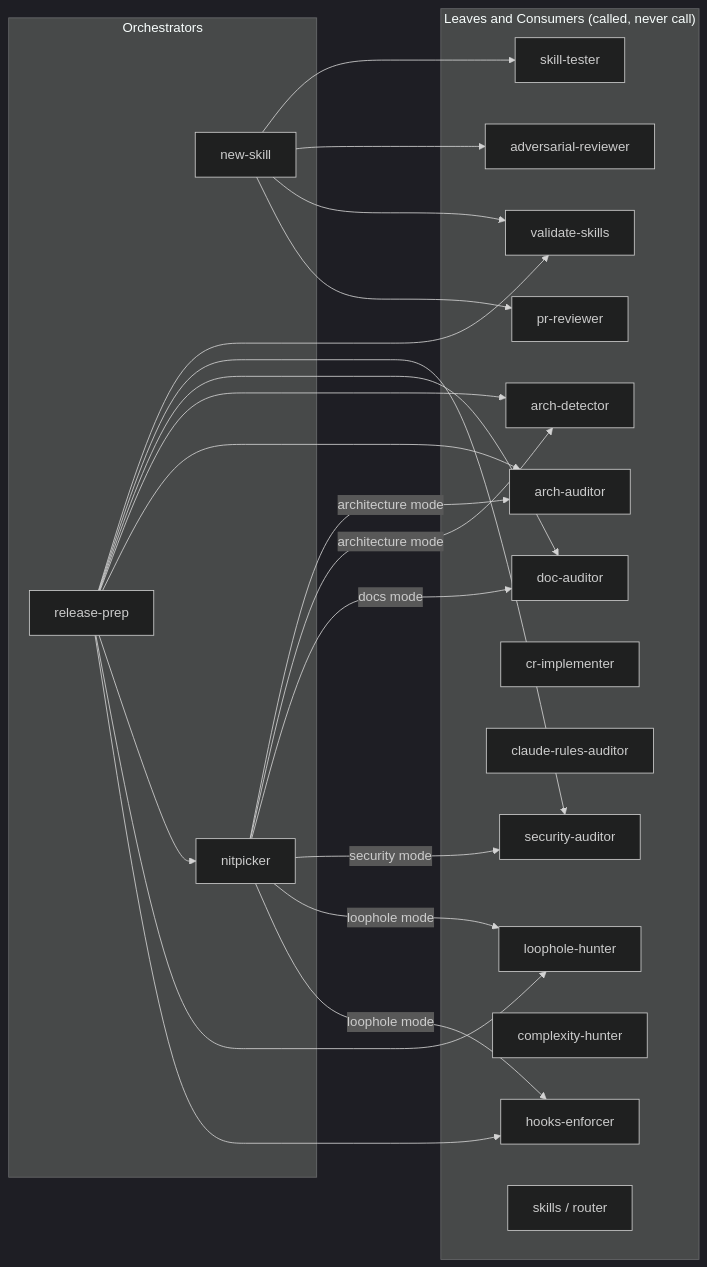
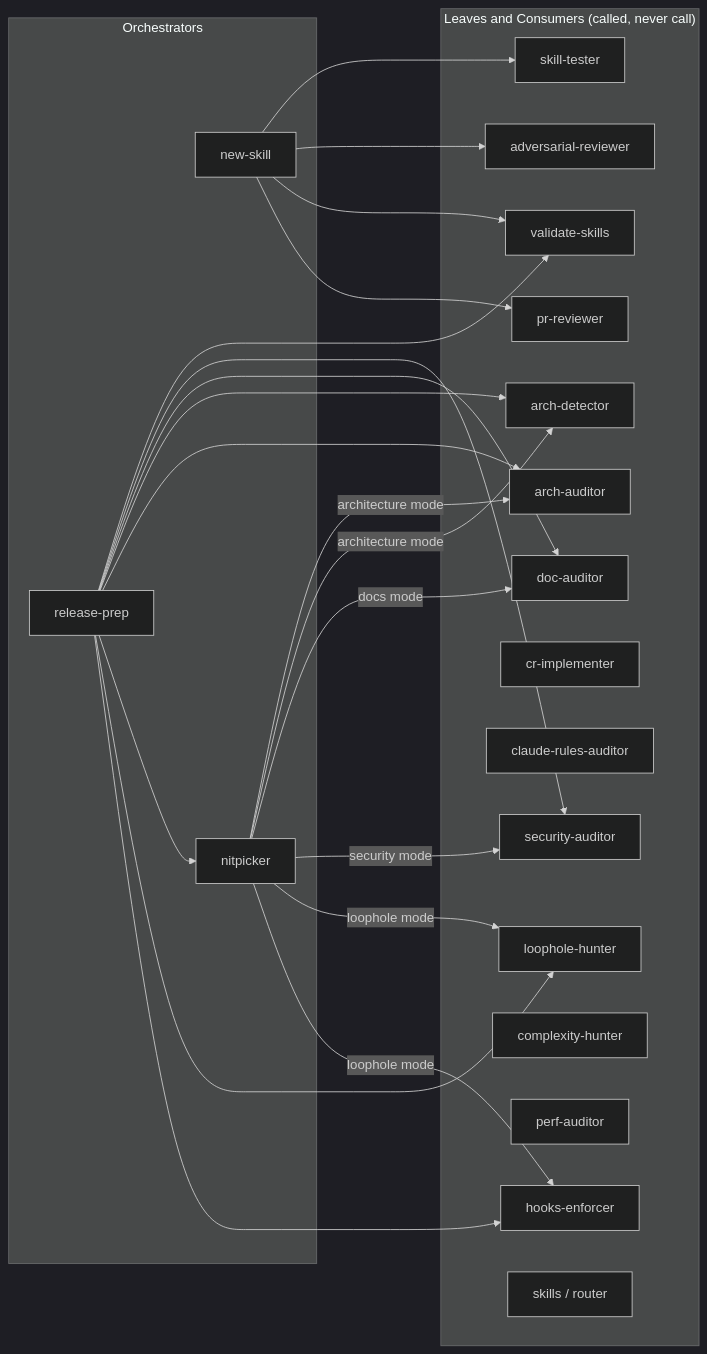
The sixth of 6 diagrams in .claude/skills/README.md (ivuorinen/skills), drawn with Mermaid (dark theme) before and after one commit. The commit also changed other lines of this file and 8 other files, not shown here.

First line of the commit message:
feat: add perf-auditor skill (#32)

````diff
--- a/.claude/skills/README.md
+++ b/.claude/skills/README.md
@@ -285,46 +293,47 @@
 ```mermaid
 graph LR
     subgraph orchestrators["Orchestrators"]
         NS[new-skill]
         RP[release-prep]
         NP[nitpicker]
     end
 
     subgraph leaves["Leaves and Consumers (called, never call)"]
         AR[adversarial-reviewer]
         VS[validate-skills]
         AD[arch-detector]
         AA[arch-auditor]
         DA[doc-auditor]
         PR[pr-reviewer]
         SA[security-auditor]
         CRI[cr-implementer]
         CRA[claude-rules-auditor]
         LH[loophole-hunter]
         HE[hooks-enforcer]
         CH[complexity-hunter]
+        PA[perf-auditor]
         ST[skill-tester]
         SK[skills / router]
     end
 
     NS --> ST
     NS --> AR
     NS --> VS
     NS --> PR
 
     RP --> VS
     RP --> SA
     RP --> DA
     RP --> AD
     RP --> AA
     RP --> NP
     RP --> LH
     RP --> HE
 
     NP -->|architecture mode| AA
     NP -->|architecture mode| AD
     NP -->|docs mode| DA
     NP -->|security mode| SA
     NP -->|loophole mode| LH
     NP -->|loophole mode| HE
 ```
````
